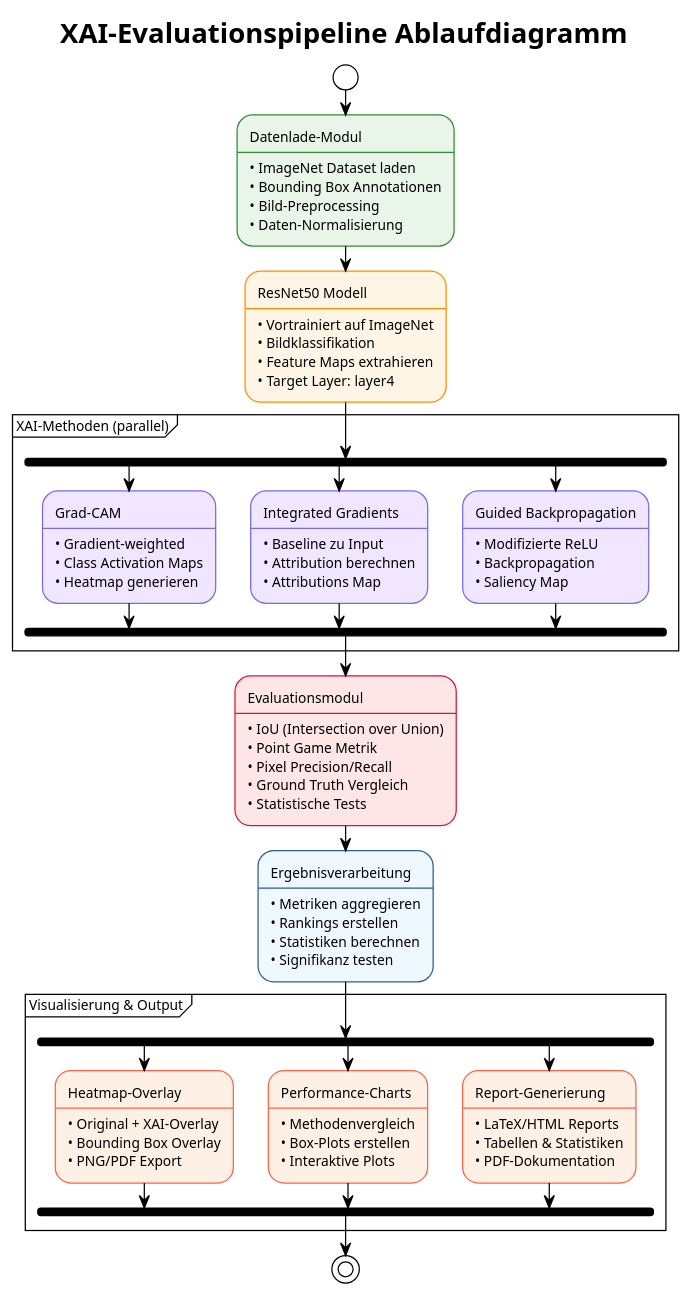
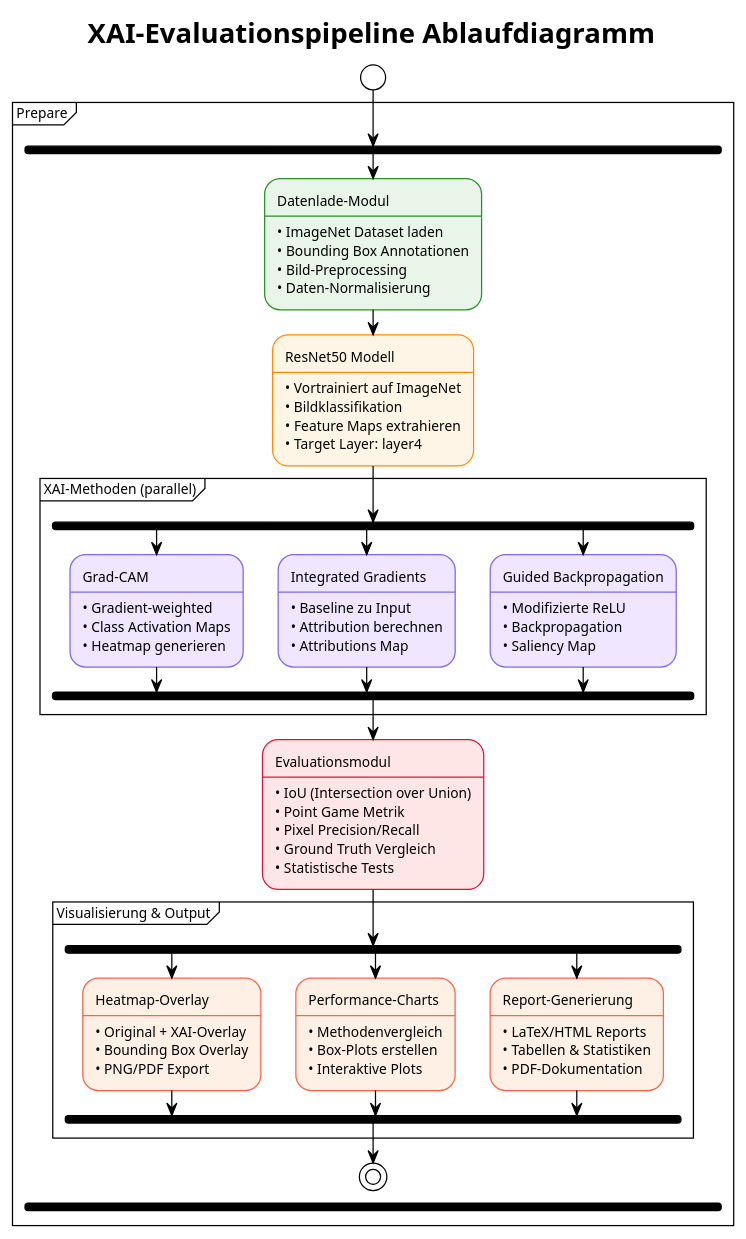
Before and after one commit to shum-panda/xai-eval-pipeline: the diagram in Documentation/puml/pipeline.puml, drawn with PlantUML. The commit also changed 2 other files, not shown here.

```diff
--- a/Documentation/puml/pipeline.puml
+++ b/Documentation/puml/pipeline.puml
@@ -1,102 +1,95 @@
 @startuml XAI_Evaluation_Pipeline
 !theme plain
 skinparam backgroundColor #FFFFFF
 skinparam defaultFontName Arial
 skinparam defaultFontSize 11
 
 title XAI-Evaluationspipeline Ablaufdiagramm
 
 ' Define colors for different module types
 skinparam activity {
   BackgroundColor<<Data>> #E8F5E8
   BorderColor<<Data>> #2D8F2D
   BackgroundColor<<Model>> #FFF5E6
   BorderColor<<Model>> #FF8C00
   BackgroundColor<<XAI>> #F0E6FF
   BorderColor<<XAI>> #7B68EE
   BackgroundColor<<Eval>> #FFE6E6
   BorderColor<<Eval>> #DC143C
   BackgroundColor<<Viz>> #FFF0E6
   BorderColor<<Viz>> #FF6347
   BackgroundColor<<Process>> #F0F8FF
   BorderColor<<Process>> #2C5AA0
 }
 
 start
-
-:Datenlade-Modul
-----
-• ImageNet Dataset laden
-• Bounding Box Annotationen
-• Bild-Preprocessing
-• Daten-Normalisierung;<<Data>>
-
-:ResNet50 Modell
-----
-• Vortrainiert auf ImageNet
-• Bildklassifikation
-• Feature Maps extrahieren
-• Target Layer: layer4;<<Model>>
+ partition "Prepare"
+    fork
+    :Datenlade-Modul
+    ----
+    • ImageNet Dataset laden
+    • Bounding Box Annotationen
+    • Bild-Preprocessing
+    • Daten-Normalisierung;<<Data>>
+    :ResNet50 Modell
+    ----
+    • Vortrainiert auf ImageNet
+    • Bildklassifikation
+    • Feature Maps extrahieren
+    • Target Layer: layer4;<<Model>>
 
 partition "XAI-Methoden (parallel)" {
   fork
     :Grad-CAM
     ----
     • Gradient-weighted
     • Class Activation Maps
     • Heatmap generieren;<<XAI>>
   fork again
     :Integrated Gradients
     ----
     • Baseline zu Input
     • Attribution berechnen
     • Attributions Map;<<XAI>>
   fork again
     :Guided Backpropagation
     ----
     • Modifizierte ReLU
     • Backpropagation
     • Saliency Map;<<XAI>>
   end fork
 }
 
 :Evaluationsmodul
 ----
 • IoU (Intersection over Union)
 • Point Game Metrik
 • Pixel Precision/Recall
 • Ground Truth Vergleich
 • Statistische Tests;<<Eval>>
 
-:Ergebnisverarbeitung
-----
-• Metriken aggregieren
-• Rankings erstellen
-• Statistiken berechnen
-• Signifikanz testen;<<Process>>
-
 partition "Visualisierung & Output" {
   fork
     :Heatmap-Overlay
     ----
     • Original + XAI-Overlay
     • Bounding Box Overlay
     • PNG/PDF Export;<<Viz>>
   fork again
     :Performance-Charts
     ----
     • Methodenvergleich
     • Box-Plots erstellen
     • Interaktive Plots;<<Viz>>
   fork again
     :Report-Generierung
     ----
     • LaTeX/HTML Reports
     • Tabellen & Statistiken
     • PDF-Dokumentation;<<Viz>>
   end fork
 }
 
 stop
 
 @enduml
```
